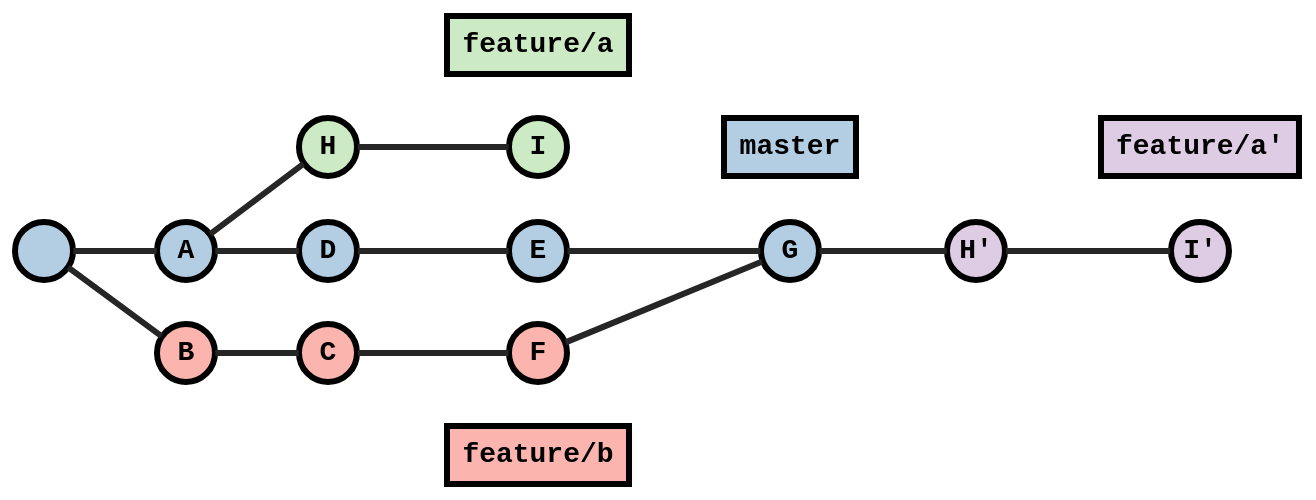
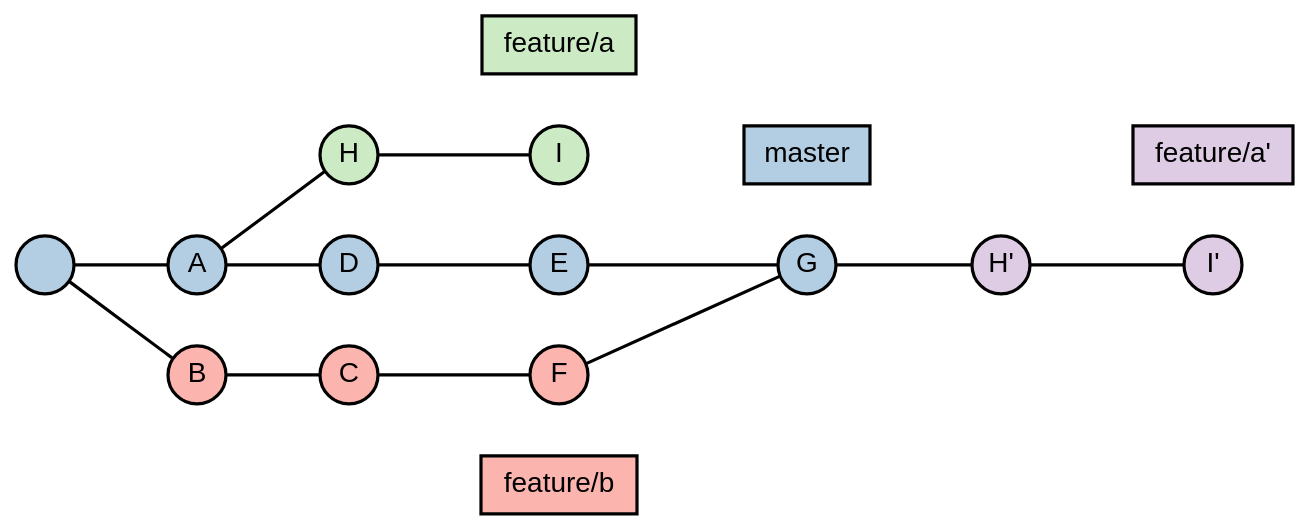
One commit to resamsel/impress.me changed the diagram in Demo.md. Above: the diagram before and after it, drawn with Graphviz. The commit also changed other lines of this file and 4 other files, not shown here.

````diff
--- a/Demo.md
+++ b/Demo.md
@@ -73,48 +73,56 @@
-```dot,render,class=image-shadow
+```dot,render
 digraph G {
     size = "16,9";
     ratio = expand;
     rankdir = "LR";
     bgcolor = "transparent";
 
     node [
-    width = 0.4,
-    height = 0.4,
-    fixedsize = shape,
-    shape = circle,
-    color = gray15,
-    fontcolor = gray15,
-    penwidth = 3,
-    style = filled,
-    fontname = "Courier-Bold",
-    colorscheme = "pastel19"
+        width = 0.4
+        height = 0.4
+        fixedsize = shape
+        shape = circle
+        color = black
+        fontcolor = black
+        penwidth = 1.6
+        style = filled
+        colorscheme = "pastel19"
+        shape = circle
+        fixedsize = shape
+        fontname = "PT Sans,sans-serif"
     ];
 
-    edge [weight = 2, color = gray15, arrowhead = none, penwidth = 3, splines = curved];
+    edge [
+        weight = 2
+        color = black
+        arrowhead = none
+        penwidth = 1.6
+        splines = curved
+    ];
 
-    node [group = master, fillcolor = 2, shape = circle, fixesize = shape];
+    node [group = master fillcolor = 2];
     " " -> A -> D -> E -> G;
-    node [group = "feature-a", fillcolor = 3];
+    node [group = "feature-a" fillcolor = 3];
     A -> H -> I;
-    node [group = "feature-a'", fillcolor = 4];
+    node [group = "feature-a'" fillcolor = 4];
     G -> "H'" -> "I'";
-    node [group = "feature-b", fillcolor = 1];
+    node [group = "feature-b" fillcolor = 1];
     " " -> B -> C -> F -> G;
 
-    node [shape = box, fixedsize = false];
+    node [shape = box fixedsize = false];
     edge [penwidth = 0];
 
     node [fillcolor = 2];
     "master" -> G;
     {rank = same; G; "master";}
     node [fillcolor = 3];
     "feature/a" -> I;
     {rank = same; I; "feature/a";}
     node [fillcolor = 4];
     "feature/a'" -> "I'";
     {rank = same; "I'"; "feature/a'";}
     node [fillcolor = 1];
     F -> "feature/b";
     {rank = same; F; "feature/b";}
 }
 ```
````
